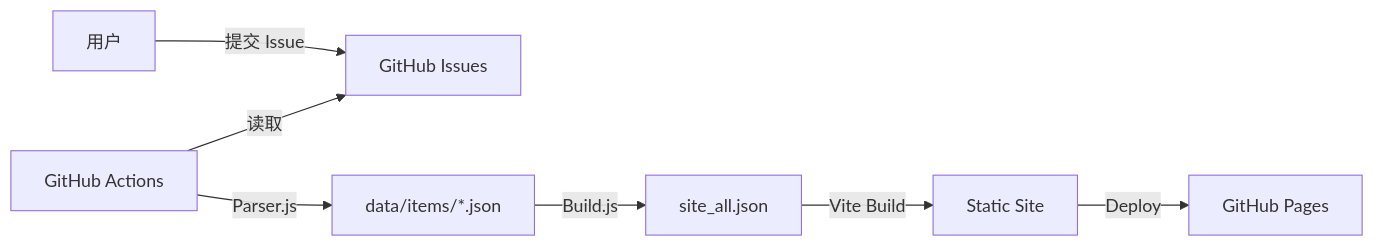
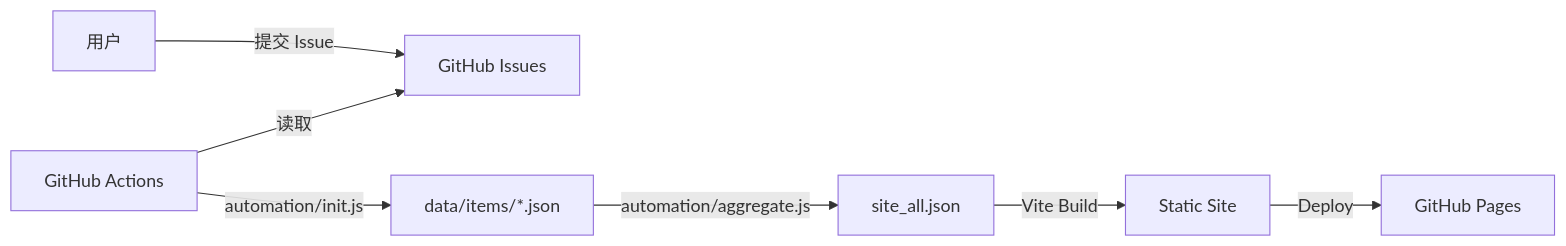
One commit to ACG-Q/hubNavigator changed the diagram in docs/development.md. Above: the diagram before and after it, drawn with Mermaid. The commit also changed other lines of this file and 17 other files, not shown here.

Commit message:
feat: Implement GitHub Actions, ChatOps, and automation scripts for site and category management, including issue templates and documentation.

````diff
--- a/docs/development.md
+++ b/docs/development.md
@@ -11,9 +11,9 @@
 ```mermaid
 graph LR
     User[用户] -->|提交 Issue| Issue[GitHub Issues]
     Actions[GitHub Actions] -->|读取| Issue
-    Actions -->|Parser.js| JSON[data/items/*.json]
-    JSON -->|Build.js| SiteData[site_all.json]
+    Actions -->|automation/init.js| JSON[data/items/*.json]
+    JSON -->|automation/aggregate.js| SiteData[site_all.json]
     SiteData -->|Vite Build| Dist[Static Site]
     Dist -->|Deploy| Pages[GitHub Pages]
 ```
````
